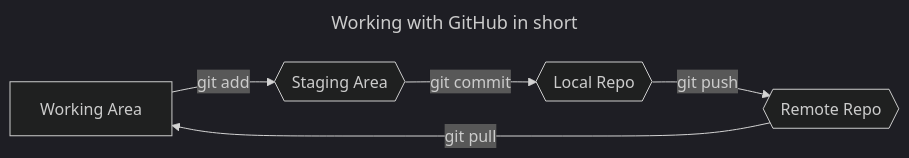
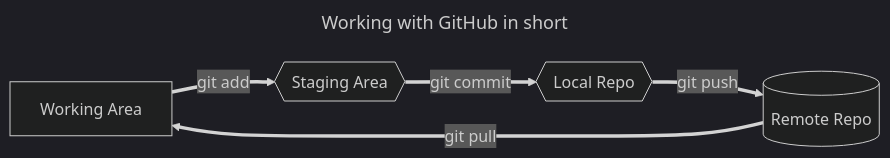
The diagram in readme.md (neweracy/GitHub), drawn with Mermaid (dark theme) before and after one commit.

Commit message:
flow chart

````diff
--- a/readme.md
+++ b/readme.md
@@ -42,15 +42,15 @@
 ``` mermaid
 ---
 title: Working with GitHub in short
 ---
 
 
 graph LR
 
-A[Working Area]-->|git add| B{{Staging Area}}
-B-->|git commit| c{{Local Repo}}
-c-->|git push| d{{Remote Repo}}
-d-->|git pull| A
+A[Working Area]==>|git add| B{{Staging Area}}
+B==>|git commit| c{{Local Repo}}
+c==>|git push| d[(Remote Repo)]
+d==>|git pull| A
 
 
 ```
````
